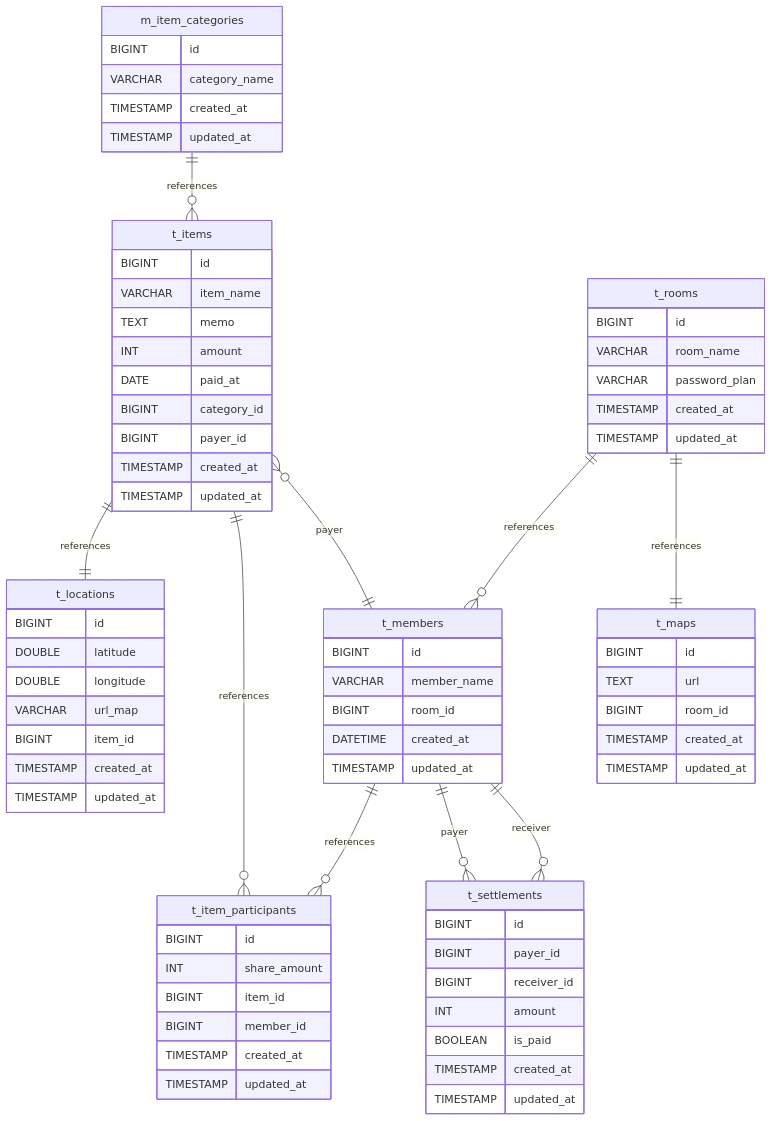
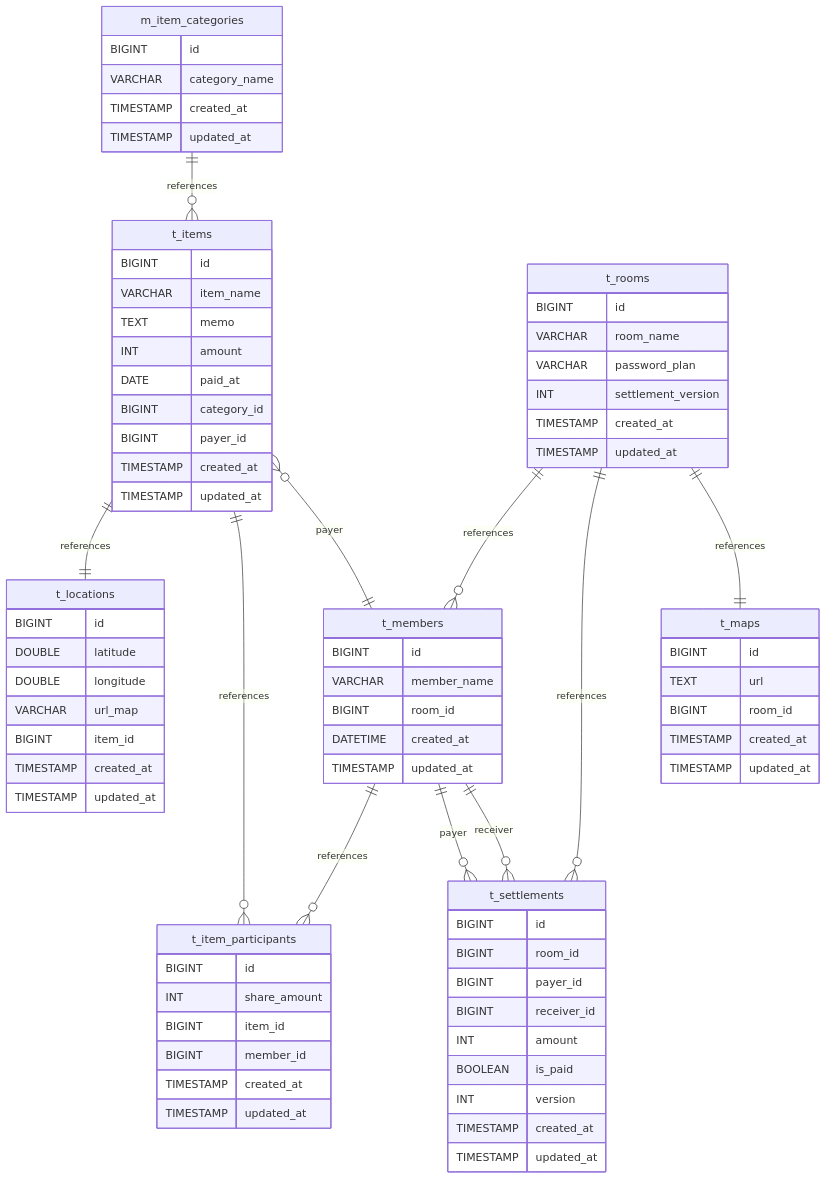
Before and after one commit to Masaharu-Fuji/wherepay: the diagram in doc/er.md, drawn with Mermaid. The commit also changed 1 other file, not shown here.

Commit message:
Enhance ER diagram and database schema with settlement references
- Added a new relationship between t_rooms and t_settlements in the ER diagram.
- Introduced settlement_version field in the t_rooms table for version management.
- Updated t_settlements table to include room_id and version fields for better tracking of settlements.
- Reflected these changes in the ER diagram SVG file.

```diff
--- a/doc/er.md
+++ b/doc/er.md
@@ -6,6 +6,7 @@
   t_rooms ||--o{ t_members : references
   t_members ||--o{ t_item_participants : references
   t_items ||--o{ t_item_participants : references
+  t_rooms ||--o{ t_settlements : references
   t_members ||--o{ t_settlements : payer
   t_members ||--o{ t_settlements : receiver
   m_item_categories ||--o{ t_items : references
@@ -23,6 +24,7 @@
     BIGINT id
     VARCHAR room_name
     VARCHAR password_plan
+    INT settlement_version
     TIMESTAMP created_at
     TIMESTAMP updated_at
   }
@@ -68,10 +70,12 @@
 
   t_settlements {
     BIGINT id
+    BIGINT room_id
     BIGINT payer_id
     BIGINT receiver_id
     INT amount
     BOOLEAN is_paid
+    INT version
     TIMESTAMP created_at
     TIMESTAMP updated_at
   }
```
